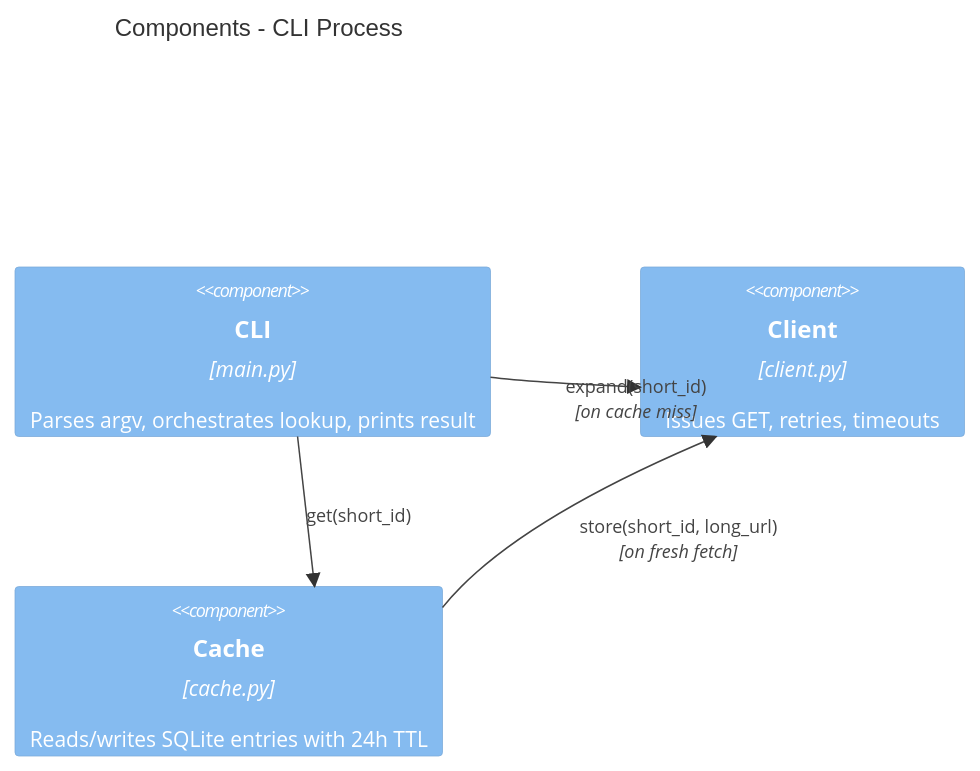
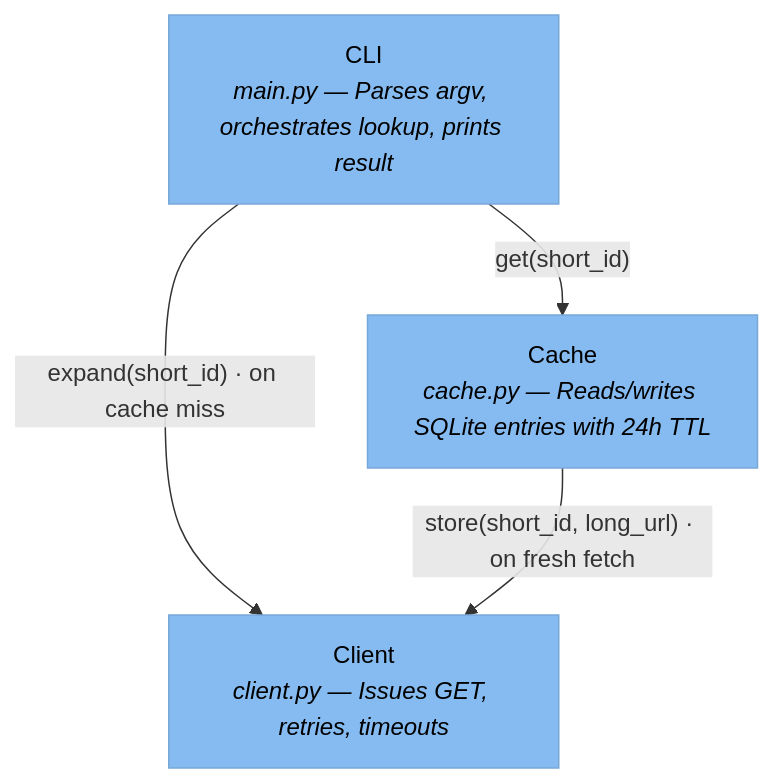
One commit to jewzaam/claude-skill-c4-reverse-engineer changed the second of 2 diagrams in references/example-output.md. Above: the diagram before and after it, drawn with Mermaid. The commit also changed other lines of this file and 1 other file, not shown here.

First line of the commit message:
refactor: replace Mermaid C4 notation with standard flowchart diagrams

````diff
--- a/references/example-output.md
+++ b/references/example-output.md
@@ -39,10 +43,12 @@
 ```mermaid
-C4Component
-    title Components - CLI Process
-    Component(cli, "CLI", "main.py", "Parses argv, orchestrates lookup, prints result")
-    Component(client, "Client", "client.py", "Issues GET, retries, timeouts")
-    Component(cache, "Cache", "cache.py", "Reads/writes SQLite entries with 24h TTL")
-    Rel(cli, cache, "get(short_id)")
-    Rel(cli, client, "expand(short_id)", "on cache miss")
-    Rel(cache, client, "store(short_id, long_url)", "on fresh fetch")
+flowchart TD
+    classDef component fill:#85bbf0,color:#000,stroke:#78a8d8
+
+    cli["CLI<br/><i>main.py — Parses argv, orchestrates lookup, prints result</i>"]:::component
+    client["Client<br/><i>client.py — Issues GET, retries, timeouts</i>"]:::component
+    cache["Cache<br/><i>cache.py — Reads/writes SQLite entries with 24h TTL</i>"]:::component
+
+    cli -->|"get(short_id)"| cache
+    cli -->|"expand(short_id) · on cache miss"| client
+    cache -->|"store(short_id, long_url) · on fresh fetch"| client
 ```
````
